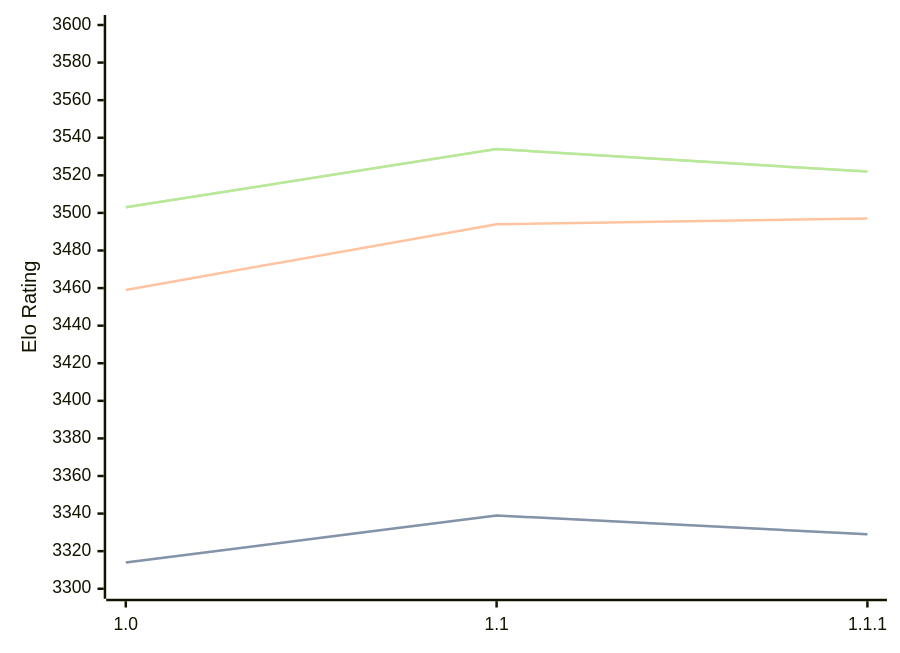
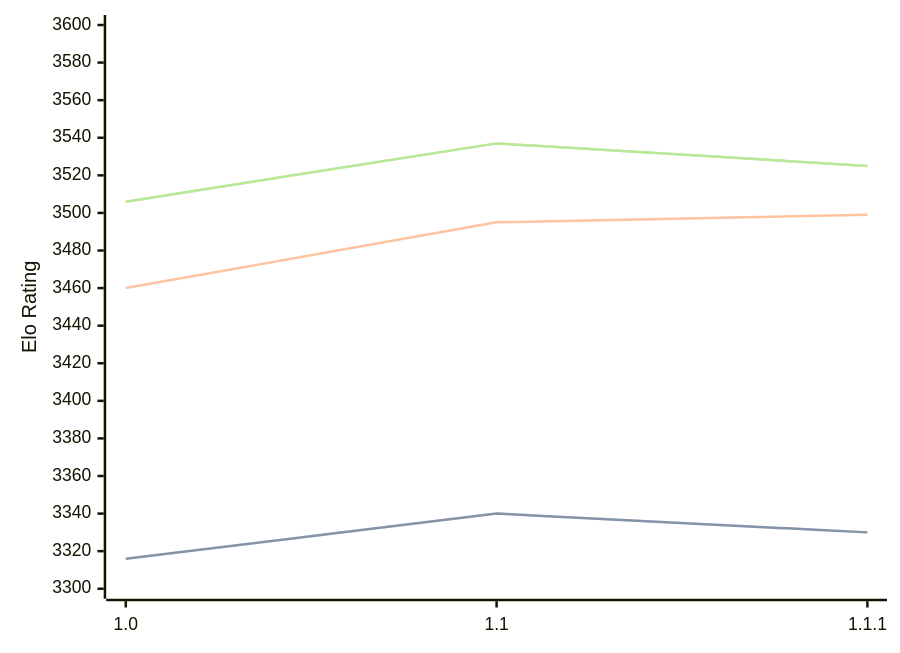
One commit to computer-chess-index/cci changed the diagram in engines/Icarus.md. Above: the diagram before and after it, drawn with Mermaid. The commit also changed other lines of this file, not shown here.

Commit message:
Update CCI Ratings (ELO VLTC) - 2026-09-01

````diff
--- a/engines/Icarus.md
+++ b/engines/Icarus.md
@@ -33,11 +33,11 @@
 ```mermaid
 %%{init: {"theme":"base","themeVariables":{"seriesColors:['#a3a3a3','#222221','#faa371']}}}%%
 xychart-beta
   x-axis ["1.0", "1.1", "1.1.1"]
   y-axis "Elo Rating" 3300 --> 3600
-  line "" [3314, 3339, 3329]
-  line "STC (8.0+0.08s)" [3314, 3339, 3329]
-  line "LTC (60.0+0.60s)" [3459, 3494, 3497]
-  line "" [3503, 3534, 3522]
-  line "VLTC (2m24s+1.12s)" [3503, 3534, 3522]
+  line "" [3316, 3340, 3330]
+  line "STC (8.0+0.08s)" [3316, 3340, 3330]
+  line "LTC (60.0+0.60s)" [3460, 3495, 3499]
+  line "" [3506, 3537, 3525]
+  line "VLTC (2m24s+1.12s)" [3506, 3537, 3525]
 ```
````
